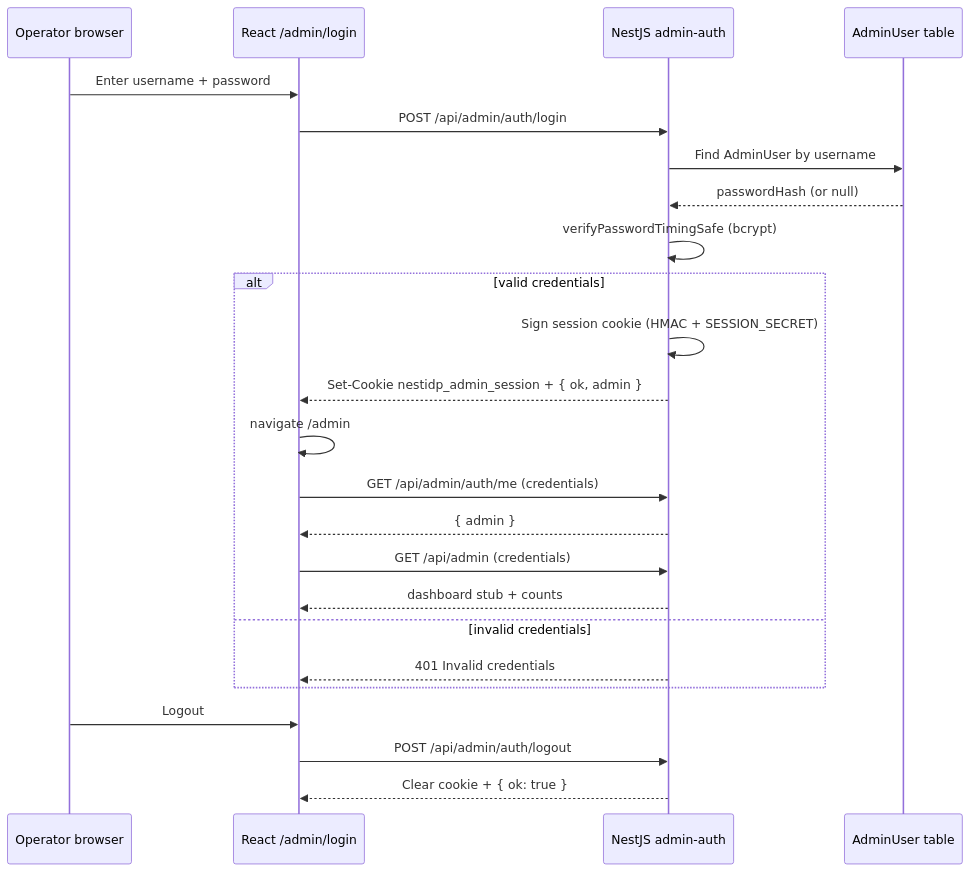
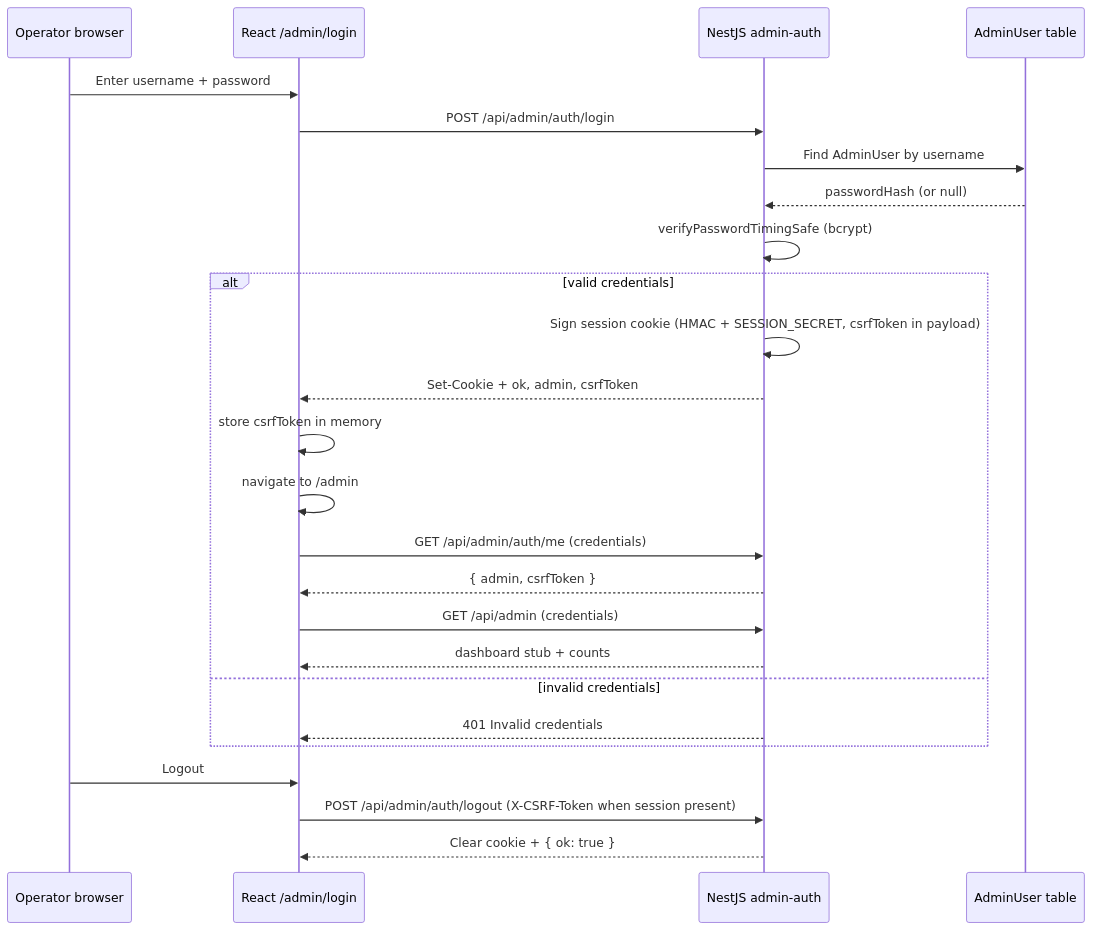
Before and after one commit to 01laky/NestIdP: the diagram in docs/img/admin-auth-flow.mmd, drawn with Mermaid. The commit also changed 74 other files, not shown here.

First line of the commit message:
feat(api): add API connection CRUD, encryption, and admin CSRF for v0.4.0

```diff
--- a/docs/img/admin-auth-flow.mmd
+++ b/docs/img/admin-auth-flow.mmd
@@ -1,26 +1,27 @@
 sequenceDiagram
     participant Op as Operator browser
     participant Web as React /admin/login
     participant API as NestJS admin-auth
     participant DB as AdminUser table
 
     Op->>Web: Enter username + password
     Web->>API: POST /api/admin/auth/login
     API->>DB: Find AdminUser by username
     DB-->>API: passwordHash (or null)
     API->>API: verifyPasswordTimingSafe (bcrypt)
     alt valid credentials
-        API->>API: Sign session cookie (HMAC + SESSION_SECRET)
-        API-->>Web: Set-Cookie nestidp_admin_session + { ok, admin }
-        Web->>Web: navigate /admin
+        API->>API: Sign session cookie (HMAC + SESSION_SECRET, csrfToken in payload)
+        API-->>Web: Set-Cookie + ok, admin, csrfToken
+        Web->>Web: store csrfToken in memory
+        Web->>Web: navigate to /admin
         Web->>API: GET /api/admin/auth/me (credentials)
-        API-->>Web: { admin }
+        API-->>Web: { admin, csrfToken }
         Web->>API: GET /api/admin (credentials)
         API-->>Web: dashboard stub + counts
     else invalid credentials
         API-->>Web: 401 Invalid credentials
     end
 
     Op->>Web: Logout
-    Web->>API: POST /api/admin/auth/logout
+    Web->>API: POST /api/admin/auth/logout (X-CSRF-Token when session present)
     API-->>Web: Clear cookie + { ok: true }
```
